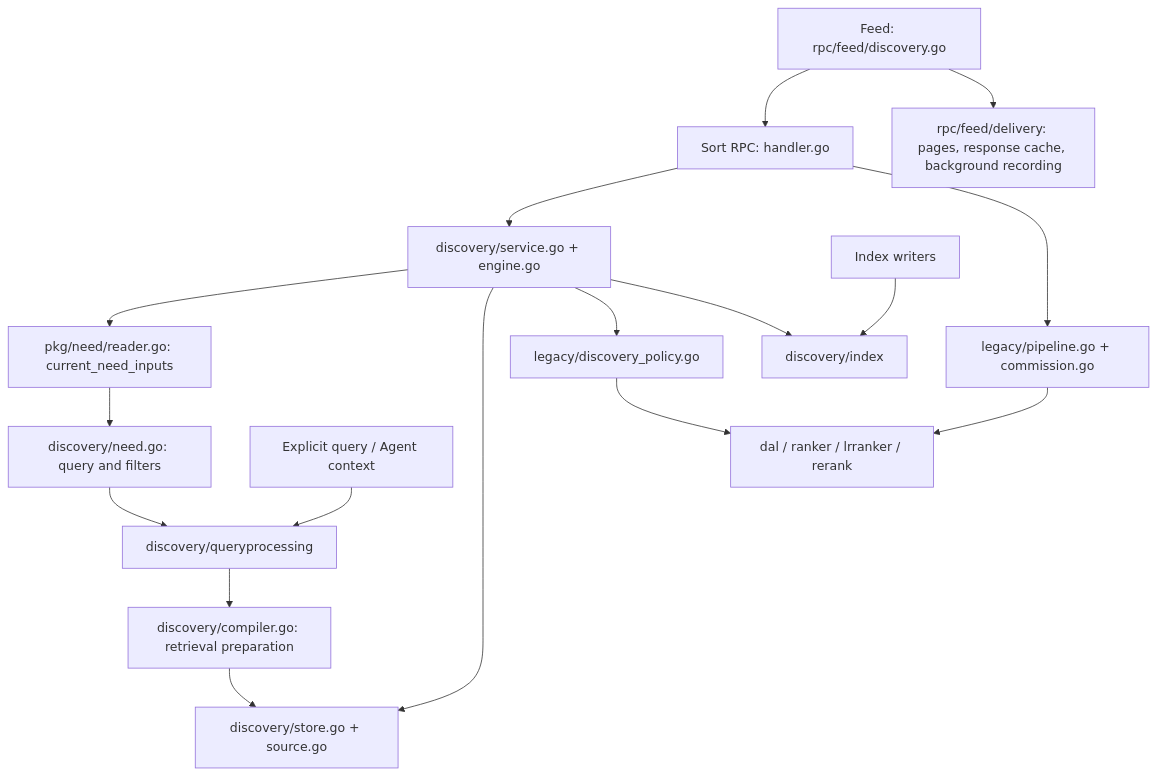
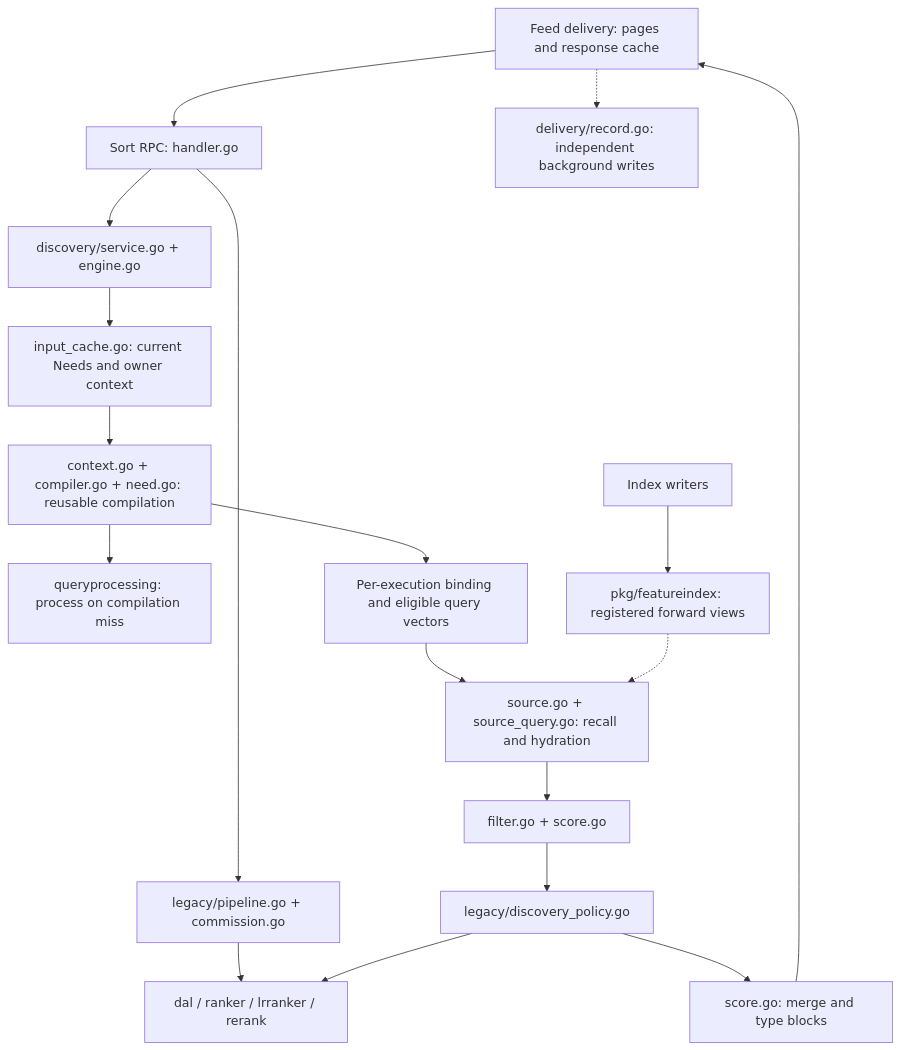
The diagram in rpc/sort/README.md (phronesis-io/eigenflux), drawn with Mermaid before and after one commit. The commit also changed other lines of this file and 89 other files, not shown here.

````diff
--- a/rpc/sort/README.md
+++ b/rpc/sort/README.md
@@ -48,19 +55,20 @@
 ```mermaid
 flowchart TD
-    RPC[Sort RPC: handler.go] --> D[discovery/service.go + engine.go]
-    RPC --> L[legacy/pipeline.go + commission.go]
-    D --> N[pkg/need/reader.go: current_need_inputs]
-    N --> C[discovery/need.go: query and filters]
-    Q[Explicit query / Agent context] --> PQuery[discovery/queryprocessing]
-    C --> PQuery
-    PQuery --> Compile[discovery/compiler.go: retrieval preparation]
-    Compile --> S
-    D --> S[discovery/store.go + source.go]
-    D --> P[legacy/discovery_policy.go]
-    L --> R[dal / ranker / lrranker / rerank]
+    F["Feed delivery: pages and response cache"] --> RPC["Sort RPC: handler.go"]
+    RPC --> D["discovery/service.go + engine.go"]
+    RPC --> L["legacy/pipeline.go + commission.go"]
+    D --> Inputs["input_cache.go: current Needs and owner context"]
+    Inputs --> C["context.go + compiler.go + need.go: reusable compilation"]
+    C --> Q["queryprocessing: process on compilation miss"]
+    C --> V["Per-execution binding and eligible query vectors"]
+    V --> S["source.go + source_query.go: recall and hydration"]
+    S --> Score["filter.go + score.go"]
+    Score --> P["legacy/discovery_policy.go"]
+    P --> M["score.go: merge and type blocks"]
+    M --> F
+    L --> R["dal / ranker / lrranker / rerank"]
     P --> R
-    D --> I[discovery/index]
-    W[Index writers] --> I
-    F[Feed: rpc/feed/discovery.go] --> RPC
-    F --> Delivery[rpc/feed/delivery: pages, response cache, background recording]
+    W["Index writers"] --> I["pkg/featureindex: registered forward views"]
+    I -.-> S
+    F -.-> Record["delivery/record.go: independent background writes"]
 ```
````
